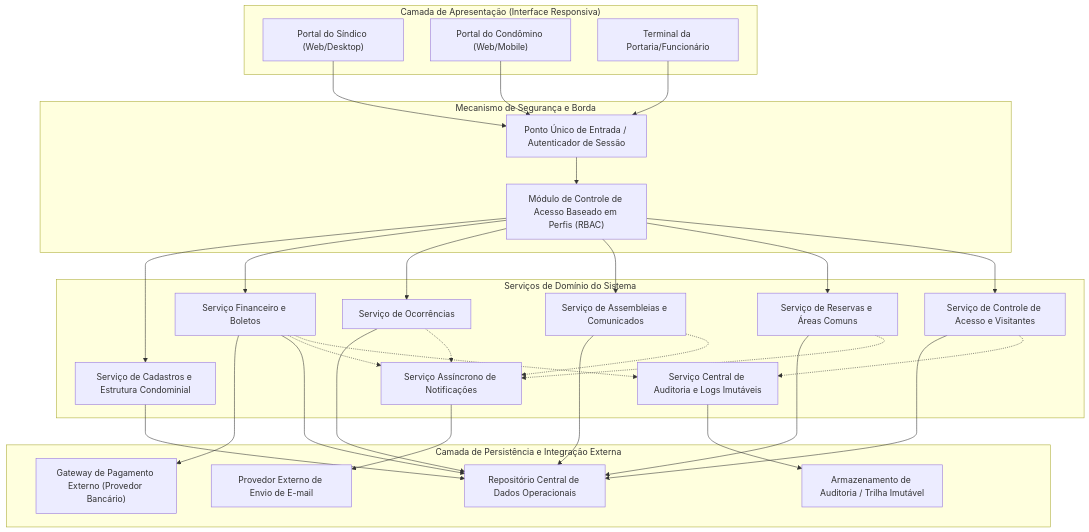
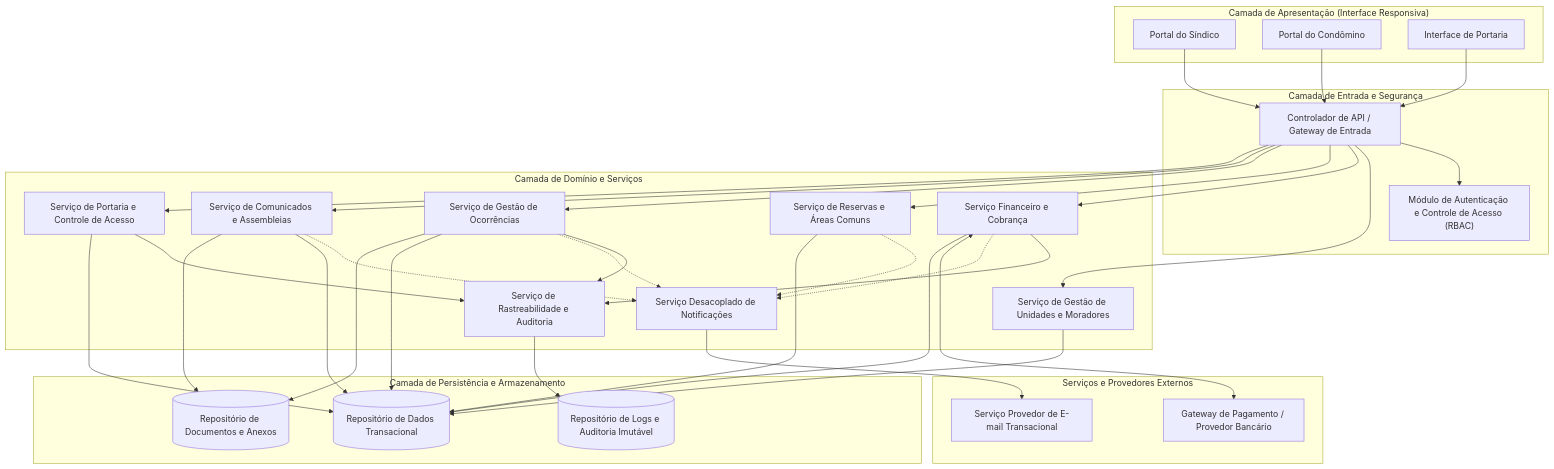
The first of 3 diagrams in docs/Time_2_Design/analise-qualitativa/outputs/relatorio_gemini_3_7_flash_M04.md (PDC-ESIA/AI4ES), drawn with Mermaid before and after one commit. The commit also changed other lines of this file and 93 other files, not shown here.

````diff
--- a/docs/Time_2_Design/analise-qualitativa/outputs/relatorio_gemini_3_7_flash_M04.md
+++ b/docs/Time_2_Design/analise-qualitativa/outputs/relatorio_gemini_3_7_flash_M04.md
@@ -30,64 +32,75 @@
 ```mermaid
-graph TB
+flowchart TB
     subgraph Camada_Apresentacao["Camada de Apresentação (Interface Responsiva)"]
-        UI_Sindico["Portal do Síndico (Web/Desktop)"]
-        UI_Condomino["Portal do Condômino (Web/Mobile)"]
-        UI_Portaria["Terminal da Portaria/Funcionário"]
+        UI_Sindico["Portal do Síndico"]
+        UI_Condomino["Portal do Condômino"]
+        UI_Portaria["Interface de Portaria"]
     end
 
-    subgraph Camada_Controle_Acesso["Mecanismo de Segurança e Borda"]
-        API_Gateway["Ponto Único de Entrada / Autenticador de Sessão"]
-        Controle_Autorizacao["Módulo de Controle de Acesso Baseado em Perfis (RBAC)"]
+    subgraph Camada_Fronteira["Camada de Entrada e Segurança"]
+        APIGateway["Controlador de API / Gateway de Entrada"]
+        AuthModule["Módulo de Autenticação e Controle de Acesso (RBAC)"]
     end
 
-    subgraph Nucleo_Dominio["Serviços de Domínio do Sistema"]
-        Servico_Cadastros["Serviço de Cadastros e Estrutura Condominial"]
-        Servico_Financeiro["Serviço Financeiro e Boletos"]
-        Servico_Ocorrencias["Serviço de Ocorrências"]
-        Servico_Assembleias["Serviço de Assembleias e Comunicados"]
-        Servico_Reservas["Serviço de Reservas e Áreas Comuns"]
-        Servico_Portaria["Serviço de Controle de Acesso e Visitantes"]
-        Servico_Notificacoes["Serviço Assíncrono de Notificações"]
-        Servico_Auditoria["Serviço Central de Auditoria e Logs Imutáveis"]
+    subgraph Camada_Negocio["Camada de Domínio e Serviços"]
+        SvcUnidades["Serviço de Gestão de Unidades e Moradores"]
+        SvcFinanceiro["Serviço Financeiro e Cobrança"]
+        SvcReservas["Serviço de Reservas e Áreas Comuns"]
+        SvcOcorrencias["Serviço de Gestão de Ocorrências"]
+        SvcComunicados["Serviço de Comunicados e Assembleias"]
+        SvcAcesso["Serviço de Portaria e Controle de Acesso"]
+        SvcAuditoria["Serviço de Rastreabilidade e Auditoria"]
+        SvcNotificacao["Serviço Desacoplado de Notificações"]
     end
 
-    subgraph Camada_Persistencia["Camada de Persistência e Integração Externa"]
-        Repositorio_Dados["Repositório Central de Dados Operacionais"]
-        Repositorio_Auditoria["Armazenamento de Auditoria / Trilha Imutável"]
-        Gateway_Pagamento_Ext["Gateway de Pagamento Externo (Provedor Bancário)"]
-        Servico_Mensageria_Ext["Provedor Externo de Envio de E-mail"]
+    subgraph Camada_Persistencia["Camada de Persistência e Armazenamento"]
+        DB_Transacional[("Repositório de Dados Transacional")]
+        DB_Auditoria[("Repositório de Logs e Auditoria Imutável")]
+        Storage_Docs[("Repositório de Documentos e Anexos")]
     end
 
-    UI_Sindico --> API_Gateway
-    UI_Condomino --> API_Gateway
-    UI_Portaria --> API_Gateway
+    subgraph Servicos_Externos["Serviços e Provedores Externos"]
+        ExtGatewayPagamento["Gateway de Pagamento / Provedor Bancário"]
+        ExtEmailProvider["Serviço Provedor de E-mail Transacional"]
+    end
 
-    API_Gateway --> Controle_Autorizacao
-    Controle_Autorizacao --> Servico_Cadastros
-    Controle_Autorizacao --> Servico_Financeiro
-    Controle_Autorizacao --> Servico_Ocorrencias
-    Controle_Autorizacao --> Servico_Assembleias
-    Controle_Autorizacao --> Servico_Reservas
-    Controle_Autorizacao --> Servico_Portaria
+    %% Conexões Apresentação para Entrada
+    UI_Sindico --> APIGateway
+    UI_Condomino --> APIGateway
+    UI_Portaria --> APIGateway
 
-    Servico_Financeiro --> Gateway_Pagamento_Ext
-    Servico_Financeiro --> Repositorio_Dados
-    Servico_Financeiro -.-> Servico_Notificacoes
-    Servico_Financeiro -.-> Servico_Auditoria
+    %% Roteamento e Segurança
+    APIGateway --> AuthModule
+    APIGateway --> SvcUnidades
+    APIGateway --> SvcFinanceiro
+    APIGateway --> SvcReservas
+    APIGateway --> SvcOcorrencias
+    APIGateway --> SvcComunicados
+    APIGateway --> SvcAcesso
 
-    Servico_Cadastros --> Repositorio_Dados
-    Servico_Ocorrencias --> Repositorio_Dados
-    Servico_Ocorrencias -.-> Servico_Notificacoes
+    %% Interações de Domínio e Auditoria
+    SvcFinanceiro --> SvcAuditoria
+    SvcAcesso --> SvcAuditoria
+    SvcOcorrencias --> SvcAuditoria
 
-    Servico_Assembleias --> Repositorio_Dados
-    Servico_Assembleias -.-> Servico_Notificacoes
+    %% Notificações
+    SvcFinanceiro -.-> SvcNotificacao
+    SvcComunicados -.-> SvcNotificacao
+    SvcOcorrencias -.-> SvcNotificacao
+    SvcReservas -.-> SvcNotificacao
 
-    Servico_Reservas --> Repositorio_Dados
-    Servico_Reservas -.-> Servico_Notificacoes
+    %% Integrações Externas
+    SvcFinanceiro <--> ExtGatewayPagamento
+    SvcNotificacao --> ExtEmailProvider
 
-    Servico_Portaria --> Repositorio_Dados
-    Servico_Portaria -.-> Servico_Auditoria
-
-    Servico_Auditoria --> Repositorio_Auditoria
-    Servico_Notificacoes --> Servico_Mensageria_Ext
+    %% Persistência
+    SvcUnidades --> DB_Transacional
+    SvcFinanceiro --> DB_Transacional
+    SvcReservas --> DB_Transacional
+    SvcOcorrencias --> DB_Transacional
+    SvcComunicados --> DB_Transacional
+    SvcAcesso --> DB_Transacional
+    SvcAuditoria --> DB_Auditoria
+    SvcComunicados --> Storage_Docs
+    SvcOcorrencias --> Storage_Docs
 ```
````
